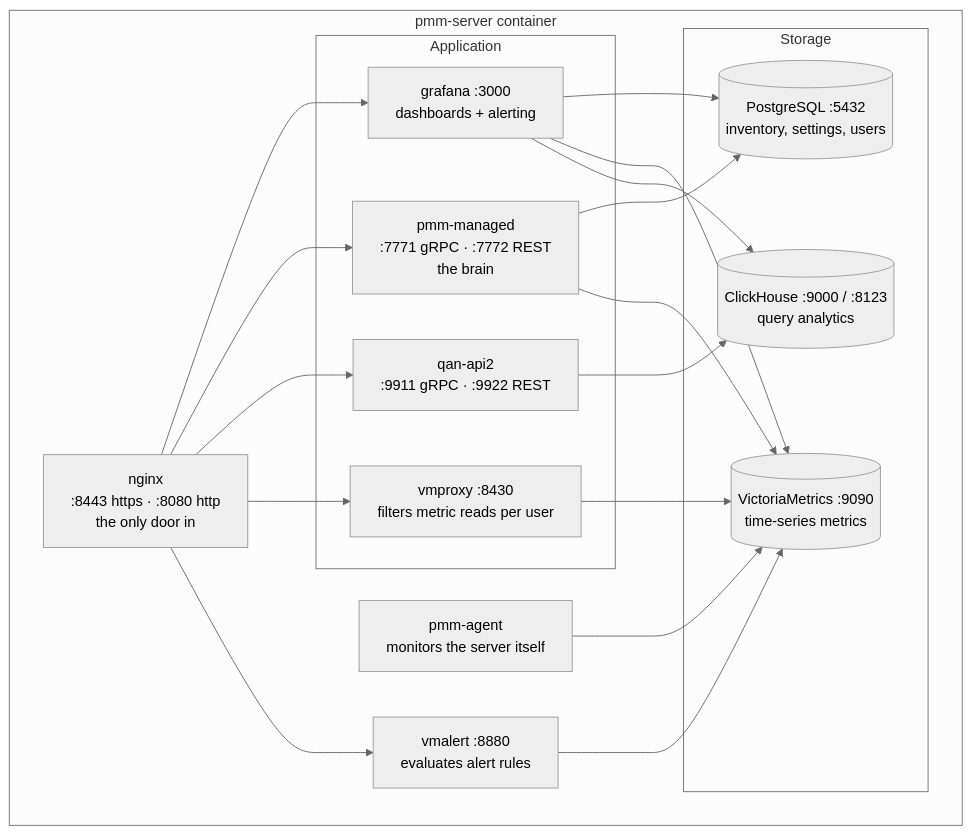
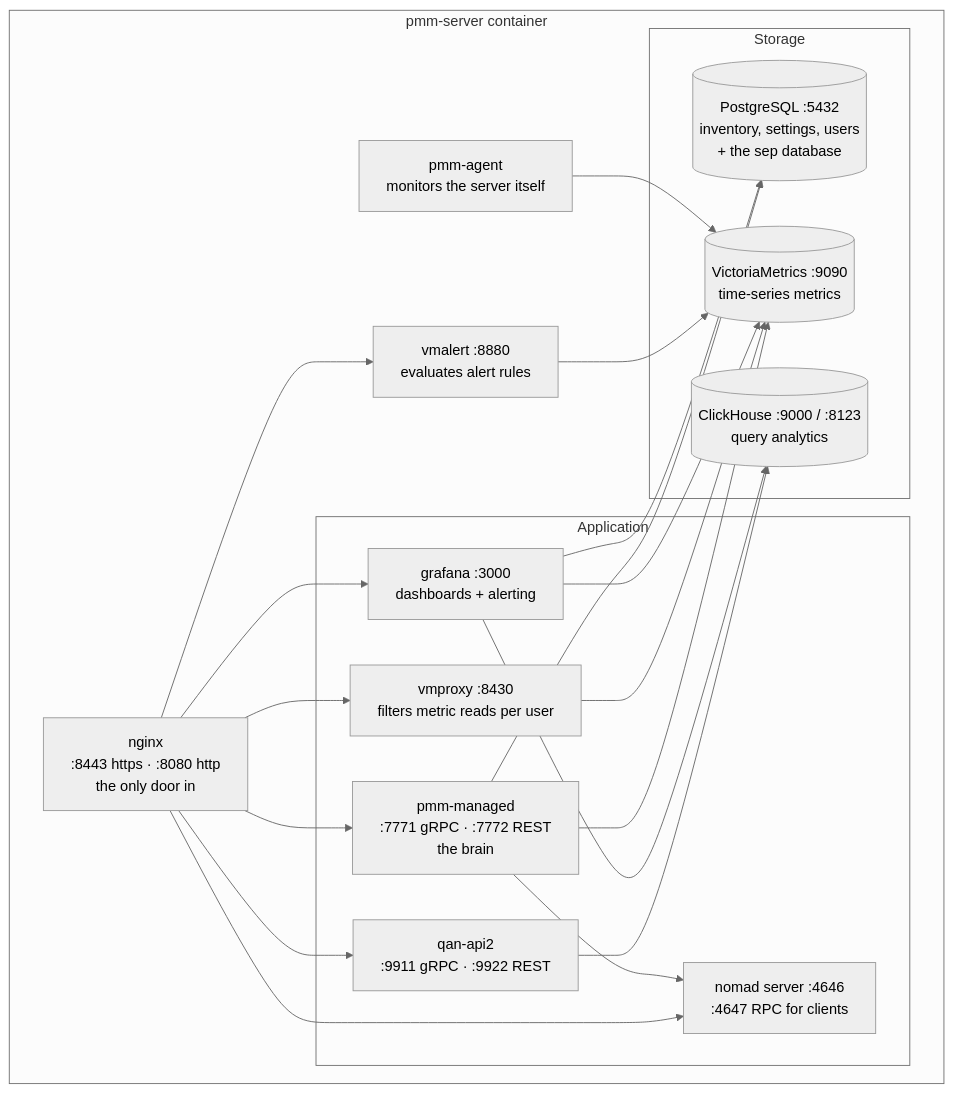
One commit to Percona-Lab/pom-workspace changed the fourth of 11 diagrams in docs/topology.md. Above: the diagram before and after it, drawn with Mermaid (neutral theme). The commit also changed other lines of this file and 5 other files, not shown here.

````diff
--- a/docs/topology.md
+++ b/docs/topology.md
@@ -141,37 +308,40 @@
 ```mermaid
 flowchart TB
     subgraph C["pmm-server container"]
         NG["nginx<br/>:8443 https · :8080 http<br/>the only door in"]
 
         subgraph APP["Application"]
             MG["pmm-managed<br/>:7771 gRPC · :7772 REST<br/>the brain"]
             GF["grafana :3000<br/>dashboards + alerting"]
             QAN["qan-api2<br/>:9911 gRPC · :9922 REST"]
             VMP["vmproxy :8430<br/>filters metric reads per user"]
+            NOMS["nomad server :4646<br/>:4647 RPC for clients"]
         end
 
         subgraph ST["Storage"]
-            PG[("PostgreSQL :5432<br/>inventory, settings, users")]
+            PG[("PostgreSQL :5432<br/>inventory, settings, users<br/>+ the sep database")]
             VM[("VictoriaMetrics :9090<br/>time-series metrics")]
             CH[("ClickHouse :9000 / :8123<br/>query analytics")]
         end
 
         VMA["vmalert :8880<br/>evaluates alert rules"]
         AG["pmm-agent<br/>monitors the server itself"]
     end
 
     NG --> GF
     NG --> MG
     NG --> QAN
     NG --> VMP
     NG --> VMA
+    NG --> NOMS
     MG --> PG
     MG --> VM
+    MG --> NOMS
     QAN --> CH
     VMP --> VM
     VMA --> VM
     GF --> PG
     GF --> VM
     GF --> CH
     AG --> VM
 ```
````
